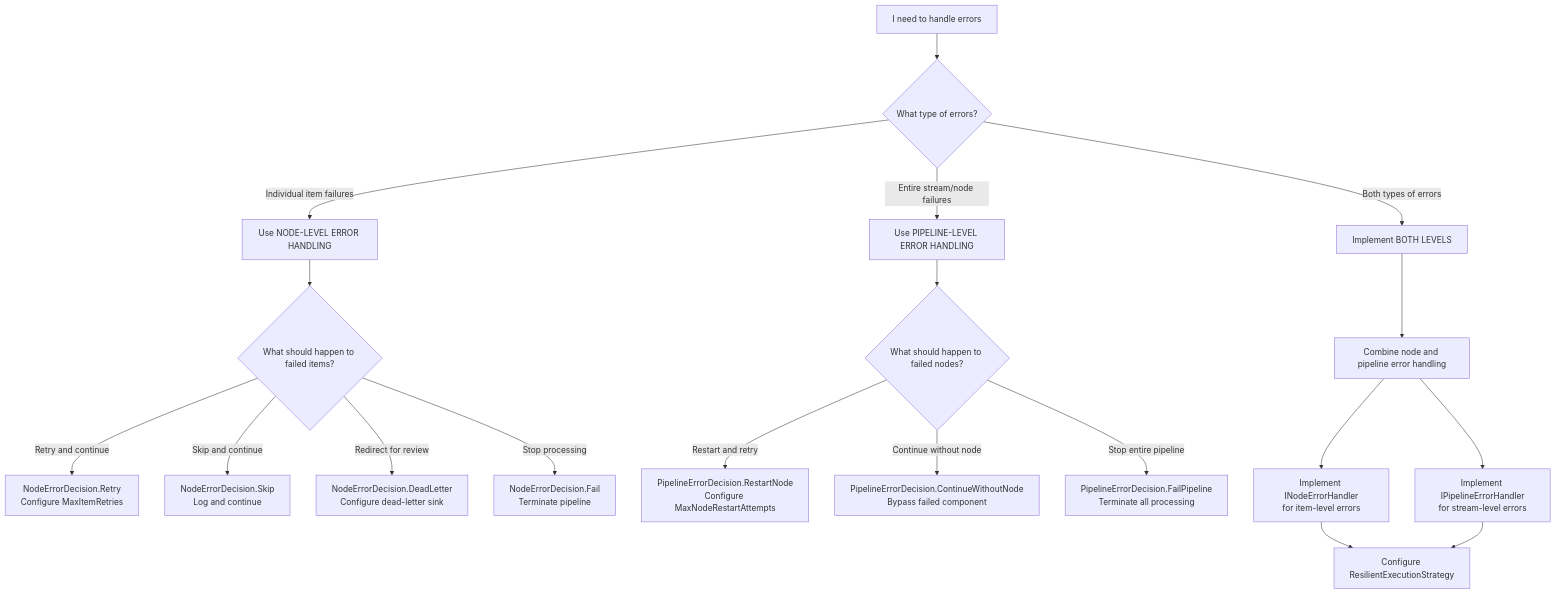
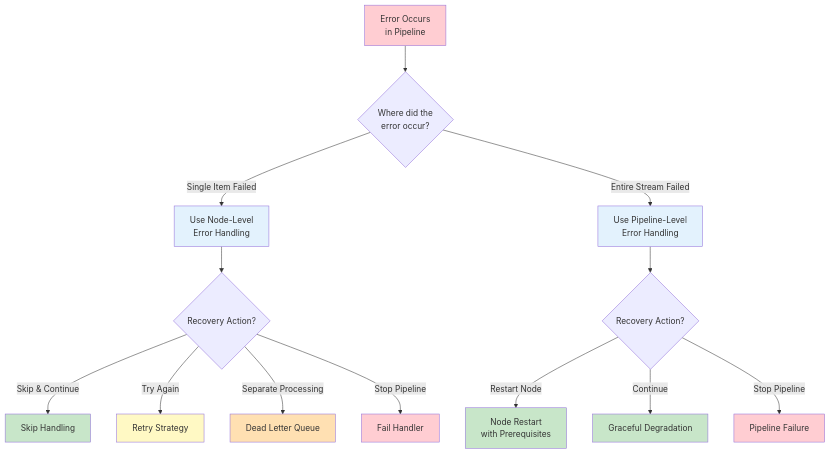
Before and after one commit to npipeline/npipeline.dev: the diagram in docs/core-concepts/resilience/error-handling.md, drawn with Mermaid. The commit also changed other lines of this file and 87 other files, not shown here.

````diff
--- a/docs/core-concepts/resilience/error-handling.md
+++ b/docs/core-concepts/resilience/error-handling.md
@@ -37,24 +29,26 @@
 ```mermaid
 graph TD
-    A[I need to handle errors] --> B{What type of errors?}
-    B -->|Individual item failures| C[Use NODE-LEVEL ERROR HANDLING]
-    B -->|Entire stream/node failures| D[Use PIPELINE-LEVEL ERROR HANDLING]
-    B -->|Both types of errors| E[Implement BOTH LEVELS]
+    A["Error Occurs<br/>in Pipeline"] --> B{Where did the<br/>error occur?}
+    B -->|Single Item Failed| C["Use Node-Level<br/>Error Handling"]
+    B -->|Entire Stream Failed| D["Use Pipeline-Level<br/>Error Handling"]
+    C --> E{Recovery Action?}
+    E -->|Skip & Continue| F["Skip Handling"]
+    E -->|Try Again| G["Retry Strategy"]
+    E -->|Separate Processing| H["Dead Letter Queue"]
+    E -->|Stop Pipeline| I["Fail Handler"]
+    D --> J{Recovery Action?}
+    J -->|Restart Node| K["Node Restart<br/>with Prerequisites"]
+    J -->|Continue| L["Graceful Degradation"]
+    J -->|Stop Pipeline| M["Pipeline Failure"]
     
-    C --> F{What should happen to failed items?}
-    F -->|Retry and continue| G[NodeErrorDecision.Retry<br>Configure MaxItemRetries]
-    F -->|Skip and continue| H[NodeErrorDecision.Skip<br>Log and continue]
-    F -->|Redirect for review| I[NodeErrorDecision.DeadLetter<br>Configure dead-letter sink]
-    F -->|Stop processing| J[NodeErrorDecision.Fail<br>Terminate pipeline]
-    
-    D --> K{What should happen to failed nodes?}
-    K -->|Restart and retry| L[PipelineErrorDecision.RestartNode<br>Configure MaxNodeRestartAttempts]
-    K -->|Continue without node| M[PipelineErrorDecision.ContinueWithoutNode<br>Bypass failed component]
-    K -->|Stop entire pipeline| N[PipelineErrorDecision.FailPipeline<br>Terminate all processing]
-    
-    E --> O[Combine node and pipeline error handling]
-    O --> P[Implement INodeErrorHandler<br>for item-level errors]
-    O --> Q[Implement IPipelineErrorHandler<br>for stream-level errors]
-    P --> R[Configure ResilientExecutionStrategy]
-    Q --> R
+    style A fill:#ffcdd2
+    style C fill:#e3f2fd
+    style D fill:#e3f2fd
+    style F fill:#c8e6c9
+    style G fill:#fff9c4
+    style H fill:#ffe0b2
+    style I fill:#ffcdd2
+    style K fill:#c8e6c9
+    style L fill:#c8e6c9
+    style M fill:#ffcdd2
 ```
````
